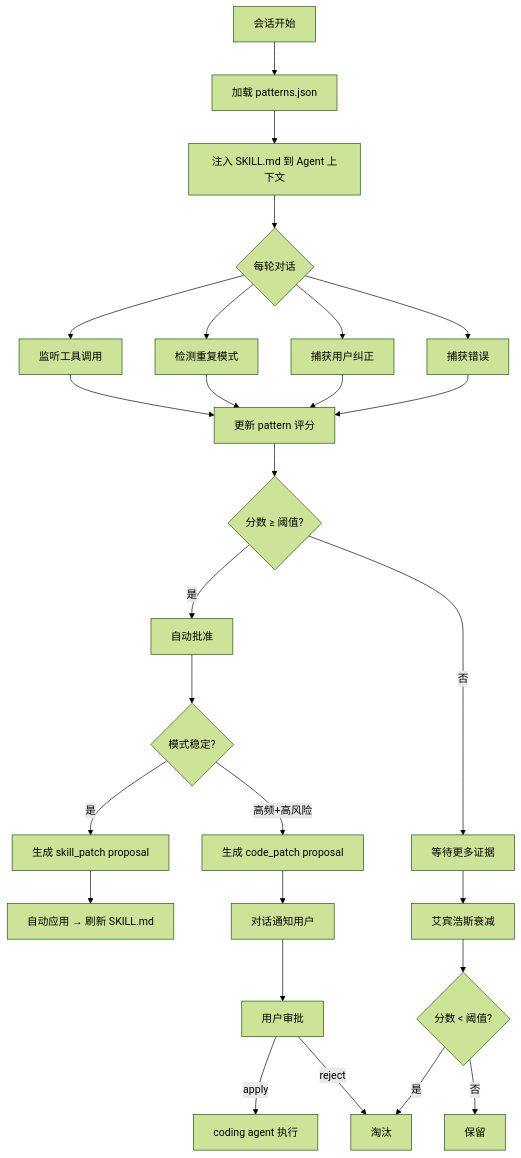
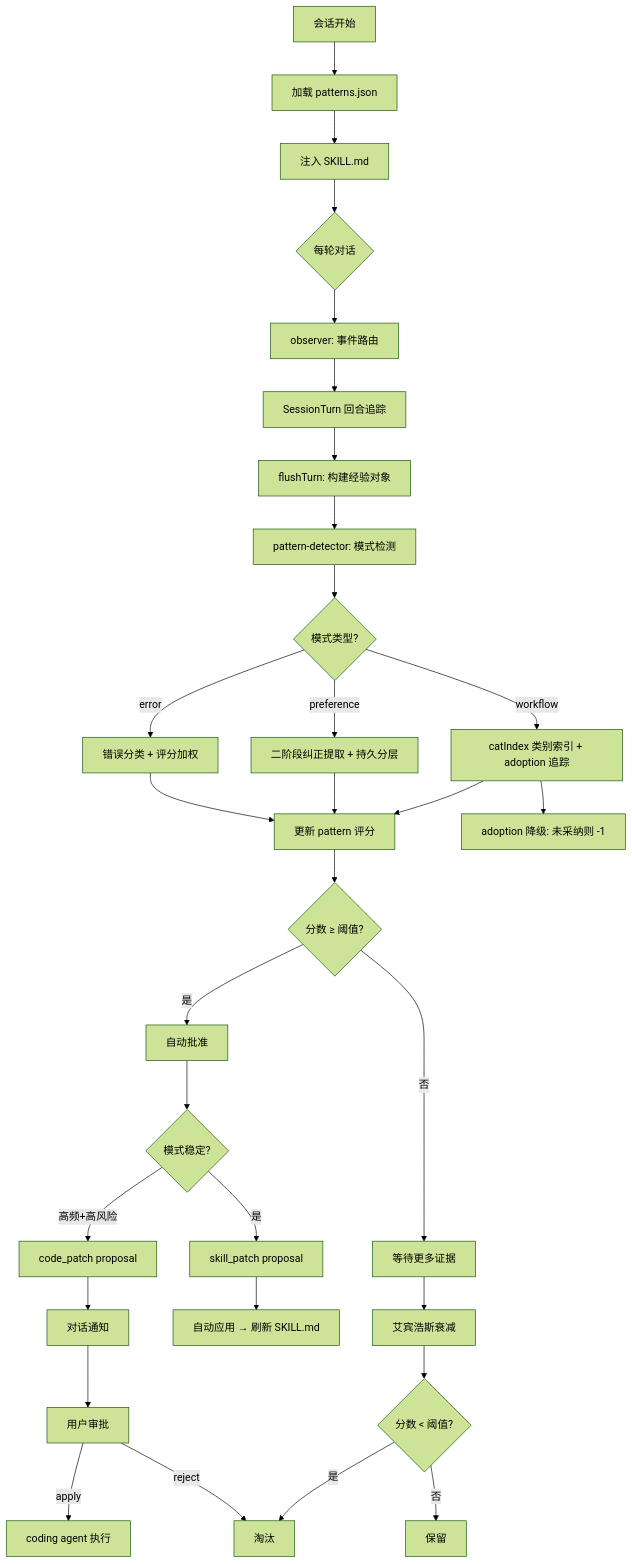
Before and after one commit to 326sun/runtime-learner: the diagram in README.md, drawn with Mermaid (forest theme). The commit also changed other lines of this file and 22 other files, not shown here.

````diff
--- a/README.md
+++ b/README.md
@@ -95,26 +68,31 @@
 ```mermaid
 flowchart TD
     A[会话开始] --> B[加载 patterns.json]
-    B --> C[注入 SKILL.md 到 Agent 上下文]
+    B --> C[注入 SKILL.md]
     C --> D{每轮对话}
-    D --> E[监听工具调用]
-    D --> F[检测重复模式]
-    D --> G[捕获用户纠正]
-    D --> H[捕获错误]
-    E & F & G & H --> I[更新 pattern 评分]
-    I --> J{分数 ≥ 阈值?}
-    J -->|是| K[自动批准]
-    J -->|否| L[等待更多证据]
-    K --> M{模式稳定?}
-    M -->|是| N[生成 skill_patch proposal]
-    M -->|高频+高风险| O[生成 code_patch proposal]
-    O --> P[对话通知用户]
-    N --> Q[自动应用 → 刷新 SKILL.md]
-    L --> R[艾宾浩斯衰减]
-    R --> S{分数 < 阈值?}
-    S -->|是| T[淘汰]
-    S -->|否| U[保留]
-    P --> V[用户审批]
-    V -->|apply| W[coding agent 执行]
-    V -->|reject| T
+    D --> E[observer: 事件路由]
+    E --> F[SessionTurn 回合追踪]
+    F --> G[flushTurn: 构建经验对象]
+    G --> H[pattern-detector: 模式检测]
+    H --> I{模式类型?}
+    I -->|workflow| J[catIndex 类别索引 + adoption 追踪]
+    I -->|preference| K[二阶段纠正提取 + 持久分层]
+    I -->|error| L[错误分类 + 评分加权]
+    J & K & L --> M[更新 pattern 评分]
+    M --> N{分数 ≥ 阈值?}
+    N -->|是| O[自动批准]
+    N -->|否| P[等待更多证据]
+    O --> Q{模式稳定?}
+    Q -->|是| R[skill_patch proposal]
+    Q -->|高频+高风险| S[code_patch proposal]
+    S --> T[对话通知]
+    R --> U[自动应用 → 刷新 SKILL.md]
+    P --> V[艾宾浩斯衰减]
+    V --> W{分数 < 阈值?}
+    W -->|是| X[淘汰]
+    W -->|否| Y[保留]
+    T --> Z[用户审批]
+    Z -->|apply| AA[coding agent 执行]
+    Z -->|reject| X
+    J --> AB[adoption 降级: 未采纳则 -1]
 ```
````
